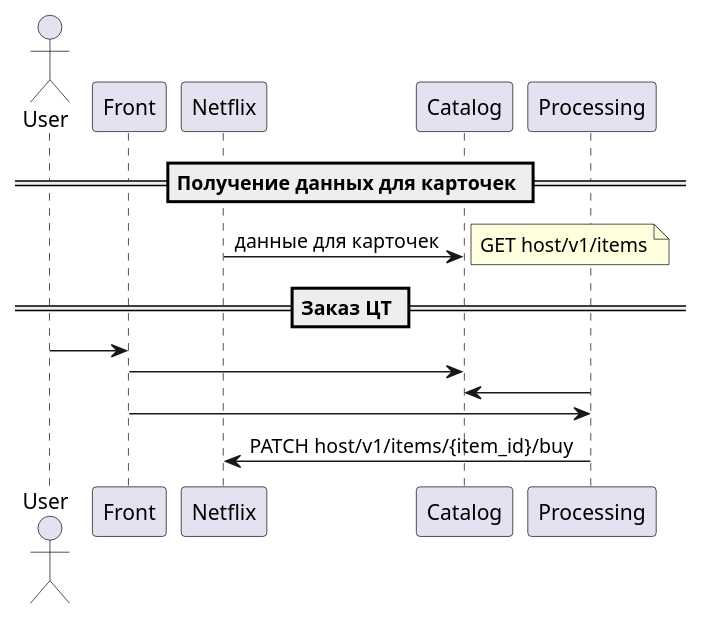
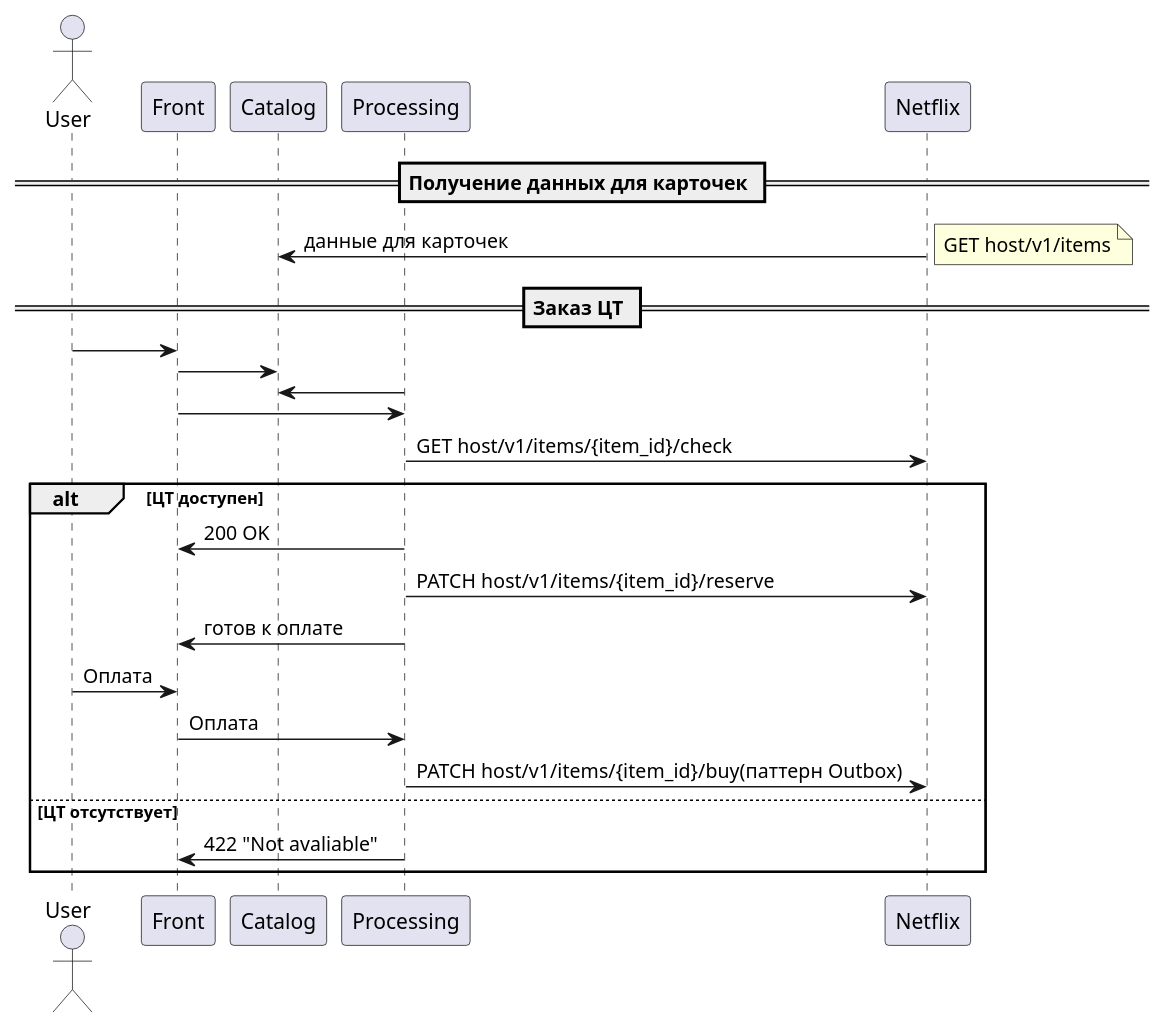
Before and after one commit to JustStjena/SA_interview: the diagram in Цифровые товары ММ/siquence.puml, drawn with PlantUML. The commit also changed 2 other files, not shown here.

```diff
--- a/Цифровые товары ММ/siquence.puml
+++ b/Цифровые товары ММ/siquence.puml
@@ -1,22 +1,36 @@
 @startuml
 'https://plantuml.com/sequence-diagram
 
 Actor User
 participant Front
+participant Catalog
+participant Processing
+participant Netflix
 'System(Front,"Витрина")
 'System(Catalog,"Каталог")
 'System(Processing,"Операции")
 
 == Получение данных для карточек ==
 Netflix -> Catalog: данные для карточек
 note right
 GET host/v1/items
 end note
 == Заказ ЦТ ==
 User -> Front
 Front -> Catalog
 Processing -> Catalog
 Front -> Processing
-Processing -> Netflix: PATCH host/v1/items/{item_id}/buy
+Processing -> Netflix: GET host/v1/items/{item_id}/check
+alt ЦТ доступен
+Processing -> Front: 200 OK
+Processing -> Netflix: PATCH host/v1/items/{item_id}/reserve
+Processing -> Front: готов к оплате
+User -> Front: Оплата
+Front -> Processing: Оплата
+Processing -> Netflix: PATCH host/v1/items/{item_id}/buy(паттерн Outbox)
+else ЦТ отсутствует
+Processing -> Front: 422 "Not avaliable"
+end
+
 
 @enduml
```
